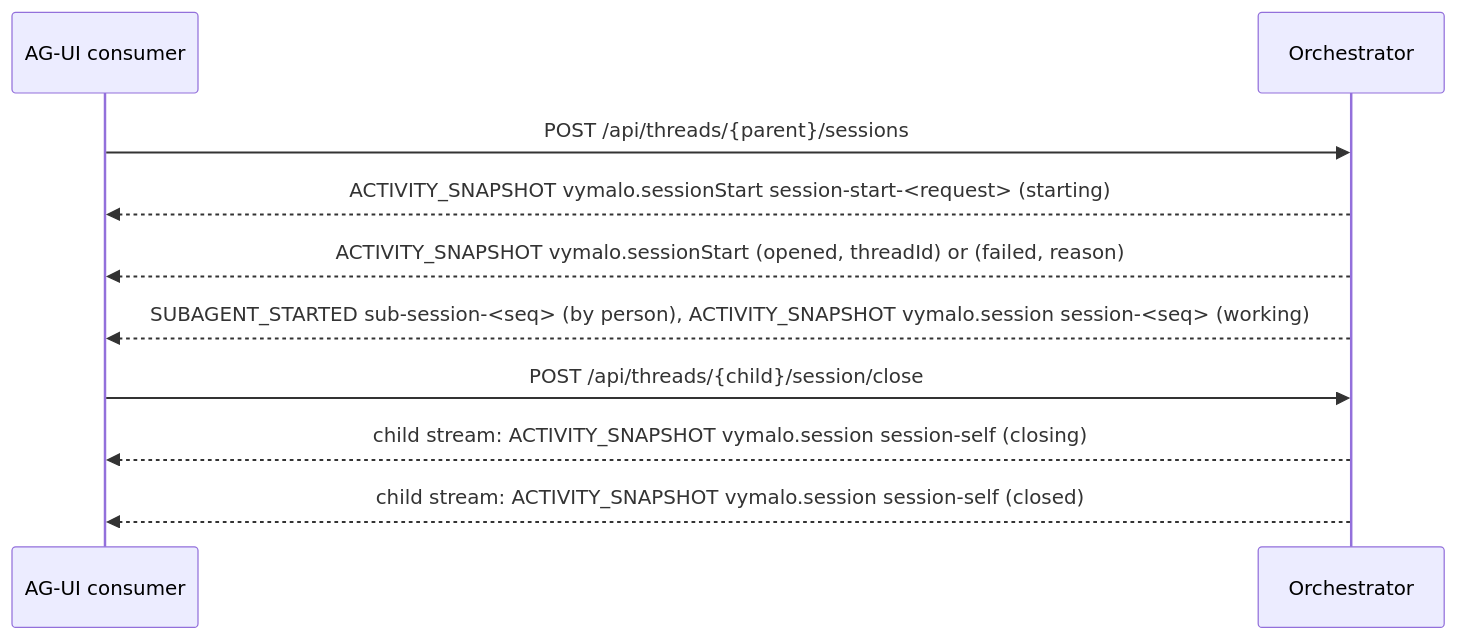
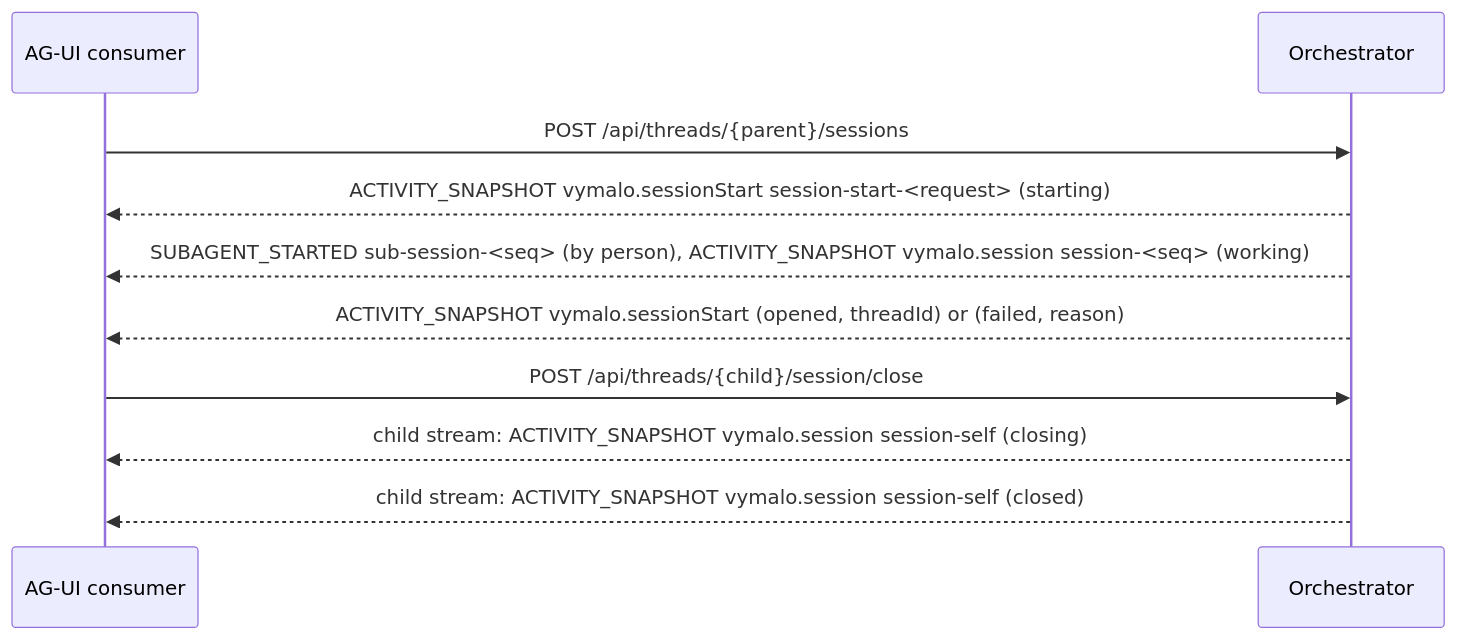
Before and after one commit to vymalo/another-agentic-system: diagram 14 of 25 in docs/api/agui.md, drawn with Mermaid. The commit also changed other lines of this file and 7 other files, not shown here.

````diff
--- a/docs/api/agui.md
+++ b/docs/api/agui.md
@@ -1053,12 +1053,12 @@
 ```mermaid
 sequenceDiagram
   participant U as AG-UI consumer
   participant O as Orchestrator
   U->>O: POST /api/threads/{parent}/sessions
   O-->>U: ACTIVITY_SNAPSHOT vymalo.sessionStart session-start-<request> (starting)
+  O-->>U: SUBAGENT_STARTED sub-session-<seq> (by person), ACTIVITY_SNAPSHOT vymalo.session session-<seq> (working)
   O-->>U: ACTIVITY_SNAPSHOT vymalo.sessionStart (opened, threadId) or (failed, reason)
-  O-->>U: SUBAGENT_STARTED sub-session-<seq> (by person), ACTIVITY_SNAPSHOT vymalo.session session-<seq> (working)
   U->>O: POST /api/threads/{child}/session/close
   O-->>U: child stream: ACTIVITY_SNAPSHOT vymalo.session session-self (closing)
   O-->>U: child stream: ACTIVITY_SNAPSHOT vymalo.session session-self (closed)
 ```
````
